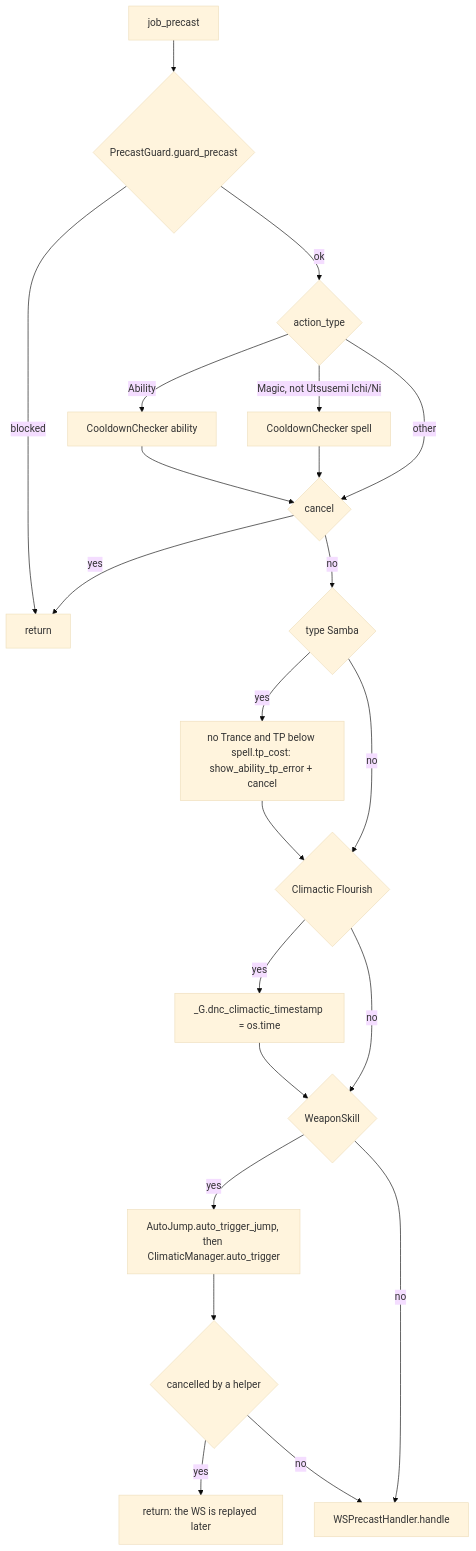
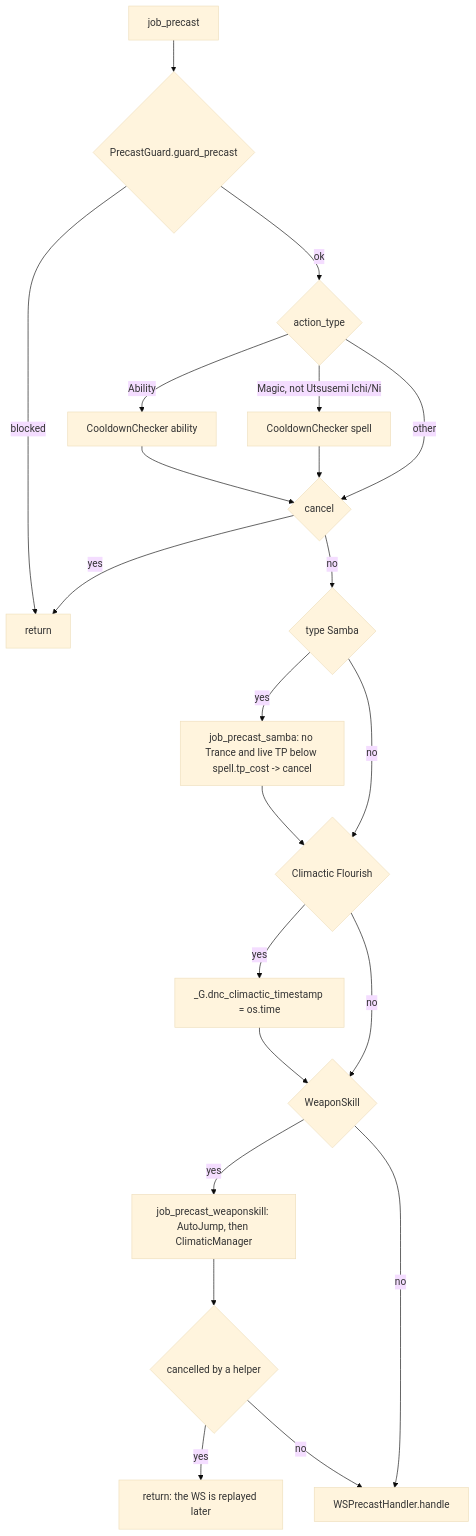
The second of 3 diagrams in docs/dev/jobs/dnc.md (ejouanchicot/Gearswap), drawn with Mermaid (base theme) before and after one commit. The commit also changed other lines of this file and 31 other files, not shown here.

````diff
--- a/docs/dev/jobs/dnc.md
+++ b/docs/dev/jobs/dnc.md
@@ -137,24 +129,24 @@
 ```mermaid
 flowchart TD
     A[job_precast] --> B{PrecastGuard.guard_precast}
     B -- blocked --> Z[return]
     B -- ok --> C{action_type}
     C -- Ability --> D[CooldownChecker ability]
     C -- "Magic, not Utsusemi Ichi/Ni" --> E[CooldownChecker spell]
     D --> F{cancel}
     E --> F
     C -- other --> F
     F -- yes --> Z
     F -- no --> G{type Samba}
-    G -- yes --> H["no Trance and TP below spell.tp_cost: show_ability_tp_error + cancel"]
+    G -- yes --> H["job_precast_samba: no Trance and live TP below spell.tp_cost -> cancel"]
     G -- no --> I
     H --> I{Climactic Flourish}
     I -- yes --> J[_G.dnc_climactic_timestamp = os.time]
     I -- no --> K
     J --> K{WeaponSkill}
-    K -- yes --> L["AutoJump.auto_trigger_jump, then ClimaticManager.auto_trigger"]
+    K -- yes --> L["job_precast_weaponskill: AutoJump, then ClimaticManager"]
     K -- no --> M
     L --> LC{cancelled by a helper}
     LC -- yes --> Z2[return: the WS is replayed later]
     LC -- no --> M[WSPrecastHandler.handle]
 ```
````
